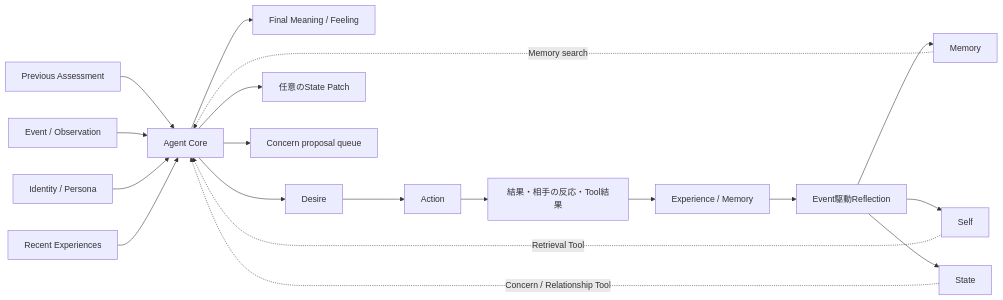
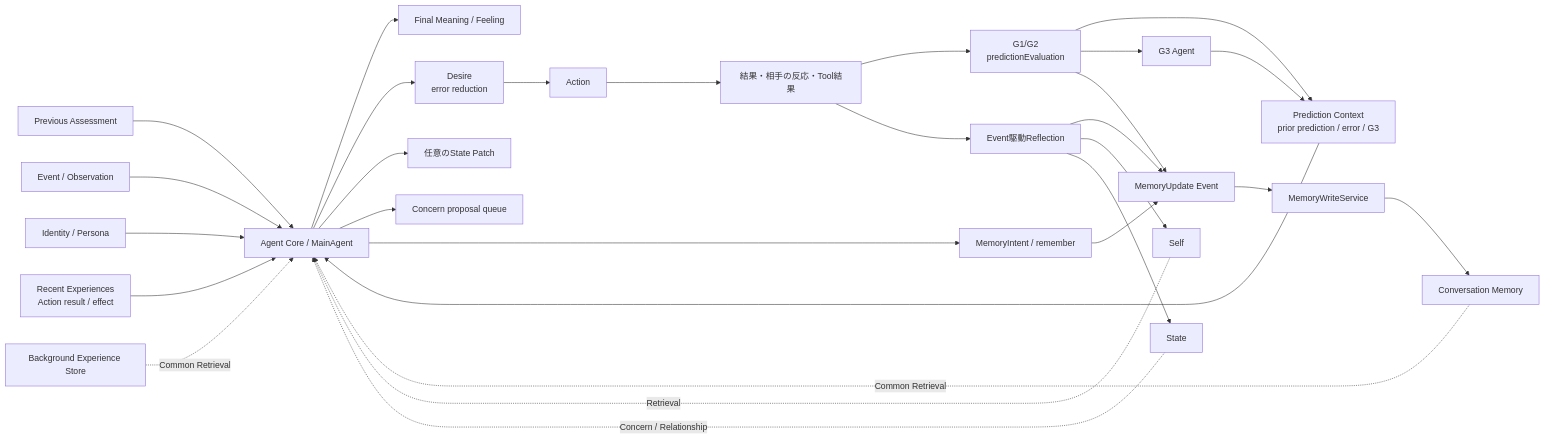
One commit to if001/social_agent changed the first of 7 diagrams in docs/AGENT_MOTIVATION_MODEL.md. Above: the diagram before and after it, drawn with Mermaid. The commit also changed other lines of this file and 10 other files, not shown here.

````diff
--- a/docs/AGENT_MOTIVATION_MODEL.md
+++ b/docs/AGENT_MOTIVATION_MODEL.md
@@ -7,21 +11,31 @@
 ```mermaid
 flowchart LR
     PA[Previous Assessment] --> C
     E[Event / Observation] --> C
+    PC[Prediction Context<br/>prior prediction / error / G3] --> C
     ID[Identity / Persona] --> C
-    RX[Recent Experiences] --> C
-    C[Agent Core] --> MF[Final Meaning / Feeling]
-    S[Self] -. Retrieval Tool .-> C
-    ST[State] -. Concern / Relationship Tool .-> C
-    M[Memory] -. Memory search .-> C
-    C --> D[Desire]
+    RX[Recent Experiences<br/>Action result / effect] --> C
+    C[Agent Core / MainAgent] --> MF[Final Meaning / Feeling]
+    S[Self] -. Retrieval .-> C
+    ST[State] -. Concern / Relationship .-> C
+    M[Conversation Memory] -. Common Retrieval .-> C
+    BG[Background Experience Store] -. Common Retrieval .-> C
+    C --> D[Desire<br/>error reduction]
     D --> X[Action]
     C --> P[任意のState Patch]
     C --> Q[Concern proposal queue]
+    C --> MI[MemoryIntent / remember]
     X --> R[結果・相手の反応・Tool結果]
-    R --> EX[Experience / Memory]
-    EX --> RF[Event駆動Reflection]
-    RF --> M
+    R --> PE[G1/G2<br/>predictionEvaluation]
+    PE --> PC
+    PE --> G3[G3 Agent]
+    G3 --> PC
+    PE --> MU[MemoryUpdate Event]
+    MI --> MU
+    MU --> MW[MemoryWriteService]
+    MW --> M
+    R --> RF[Event駆動Reflection]
+    RF --> MU
     RF --> S
     RF --> ST
 ```
````
